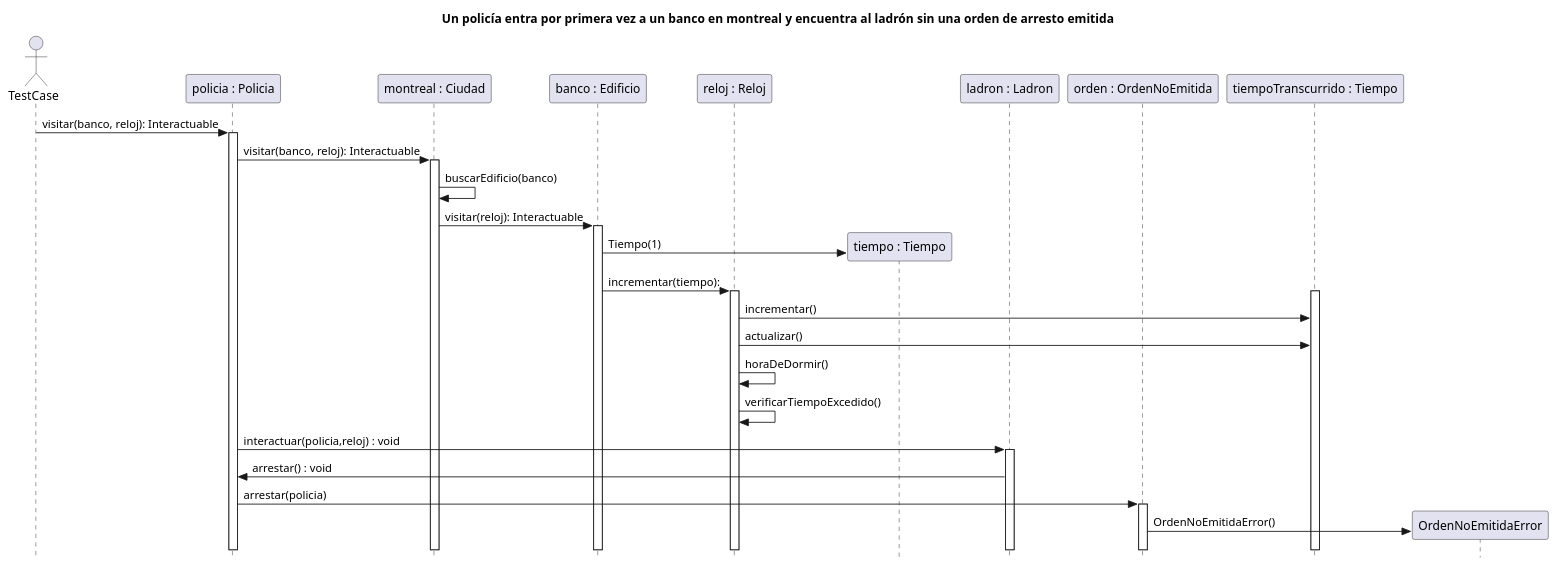
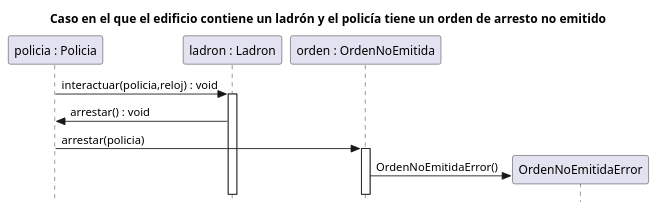
One commit to martinanus/algo3_tp2 changed the diagram in diagrams/sequences/PoliciaEncuentraAlLadronSinOrdenDeArrestoEmitida.plantuml. Above: the diagram before and after it, drawn with PlantUML. The commit also changed 10 other files, not shown here.

Commit message:
Se actualizan diagramas de secuencia

```diff
--- a/diagrams/sequences/PoliciaEncuentraAlLadronSinOrdenDeArrestoEmitida.plantuml
+++ b/diagrams/sequences/PoliciaEncuentraAlLadronSinOrdenDeArrestoEmitida.plantuml
@@ -1,36 +1,15 @@
 @startuml
 skinparam style strictuml
-title:  Un policía entra por primera vez a un banco en montreal y encuentra al ladrón sin una orden de arresto emitida
-actor TestCase
+title: Caso en el que el edificio contiene un ladrón y el policía tiene un orden de arresto no emitido
 
 participant "policia : Policia" as policia
-participant "montreal : Ciudad" as ciudad
-participant "banco : Edificio" as banco
-participant "reloj : Reloj" as reloj
-participant "tiempo : Tiempo" as tiempo
 participant "ladron : Ladron" as ladron
 participant "orden : OrdenNoEmitida" as ordenArresto
-participant "tiempoTranscurrido : Tiempo" as tiempoTranscurrido
 
-TestCase -> policia: visitar(banco, reloj): Interactuable
-activate policia
-policia -> ciudad: visitar(banco, reloj): Interactuable
-activate ciudad
-ciudad -> ciudad: buscarEdificio(banco)
-ciudad -> banco: visitar(reloj): Interactuable
-activate banco
-banco -> tiempo ** : Tiempo(1)
-banco -> reloj: incrementar(tiempo):
-activate reloj
-activate tiempoTranscurrido
-reloj -> tiempoTranscurrido:incrementar()
-reloj -> tiempoTranscurrido:actualizar()
-reloj -> reloj:horaDeDormir()
-reloj -> reloj: verificarTiempoExcedido()
 policia -> ladron : interactuar(policia,reloj) : void
 activate ladron
 ladron -> policia : arrestar() : void
 policia -> ordenArresto : arrestar(policia)
 activate ordenArresto
 ordenArresto -> OrdenNoEmitidaError ** : OrdenNoEmitidaError()
 @enduml
```
